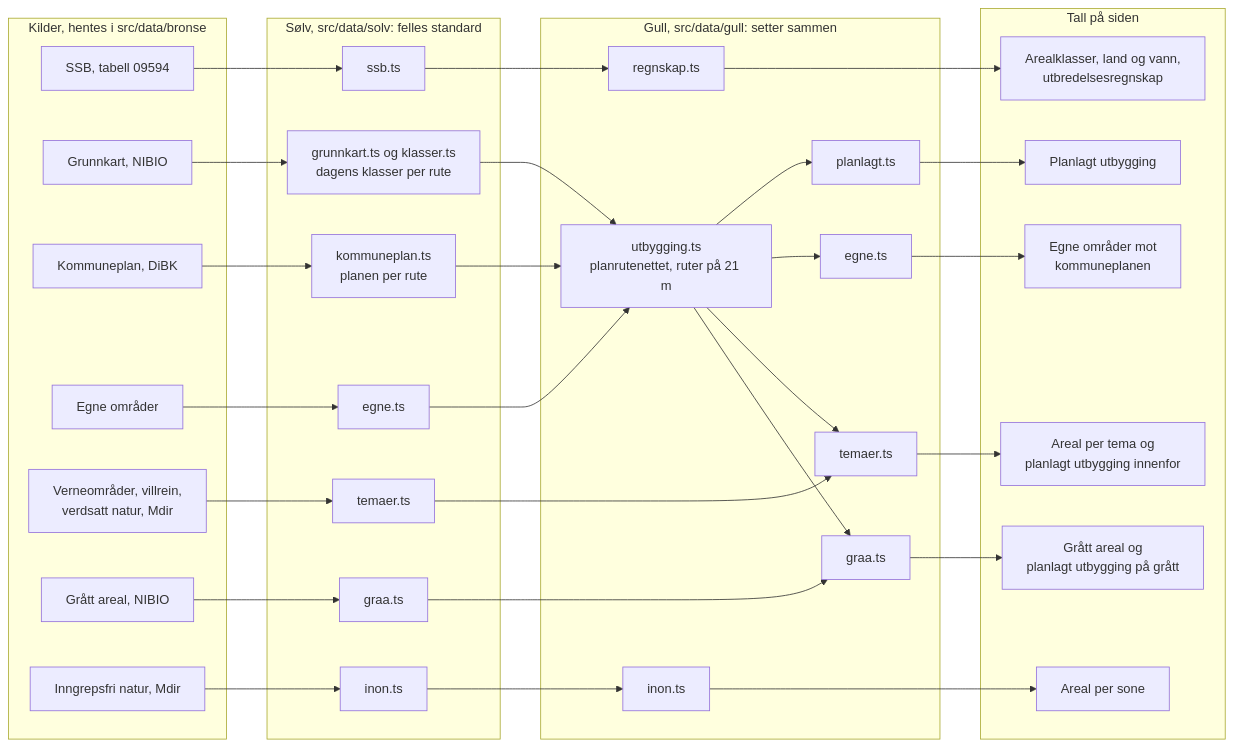
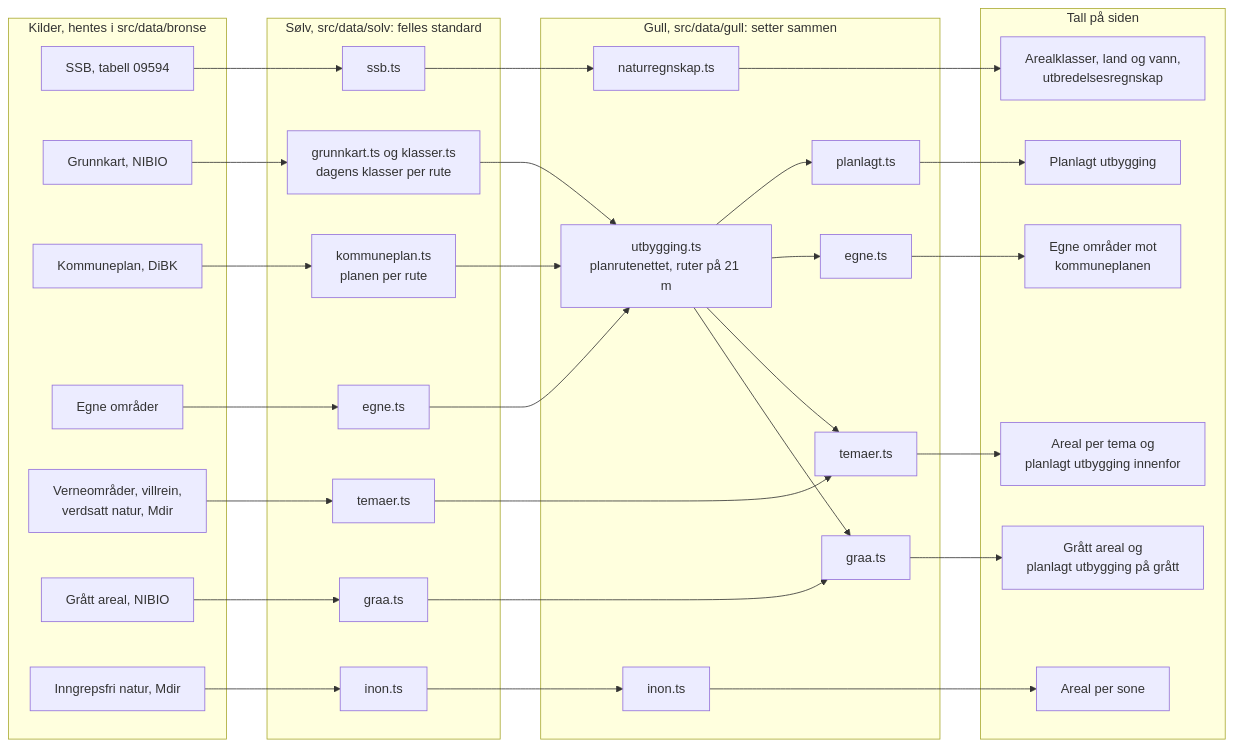
The diagram in METODE.md (eirikvk/Publicdemorepo), drawn with Mermaid before and after one commit. The commit also changed other lines of this file and 16 other files, not shown here.

````diff
--- a/METODE.md
+++ b/METODE.md
@@ -33,49 +33,49 @@
 ```mermaid
 flowchart LR
   subgraph Kilder["Kilder, hentes i src/data/bronse"]
     SSB["SSB, tabell 09594"]
     NIBIO["Grunnkart, NIBIO"]
     DiBK["Kommuneplan, DiBK"]
     Bruker["Egne områder"]
     Mdir["Verneområder, villrein,<br/>verdsatt natur, Mdir"]
     GRAA["Grått areal, NIBIO"]
     INON["Inngrepsfri natur, Mdir"]
   end
   subgraph Solv["Sølv, src/data/solv: felles standard"]
     sssb["ssb.ts"]
     sgrunn["grunnkart.ts og klasser.ts<br/>dagens klasser per rute"]
     skplan["kommuneplan.ts<br/>planen per rute"]
     segne["egne.ts"]
     stemaer["temaer.ts"]
     sgraa["graa.ts"]
     sinon["inon.ts"]
   end
   subgraph Gull["Gull, src/data/gull: setter sammen"]
     gutb["utbygging.ts<br/>planrutenettet, ruter på 21 m"]
-    gregnskap["regnskap.ts"]
+    gregnskap["naturregnskap.ts"]
     gplan["planlagt.ts"]
     gegne["egne.ts"]
     gtemaer["temaer.ts"]
     ggraa["graa.ts"]
     ginon["inon.ts"]
   end
   subgraph Tall["Tall på siden"]
     T1["Arealklasser, land og vann,<br/>utbredelsesregnskap"]
     T2["Planlagt utbygging"]
     T6["Egne områder mot<br/>kommuneplanen"]
     T3["Areal per tema og<br/>planlagt utbygging innenfor"]
     T5["Grått areal og<br/>planlagt utbygging på grått"]
     T4["Areal per sone"]
   end
   SSB --> sssb --> gregnskap --> T1
   NIBIO --> sgrunn --> gutb
   DiBK --> skplan --> gutb
   Bruker --> segne --> gutb
   gutb --> gplan --> T2
   gutb --> gegne --> T6
   Mdir --> stemaer --> gtemaer --> T3
   gutb --> gtemaer
   GRAA --> sgraa --> ggraa --> T5
   gutb --> ggraa
   INON --> sinon --> ginon --> T4
 ```
````
